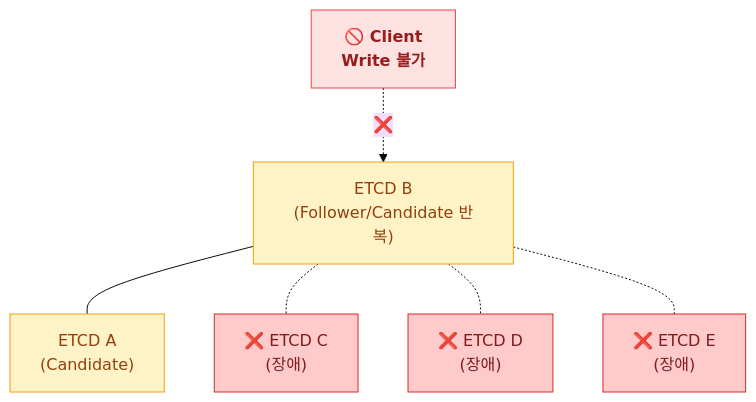
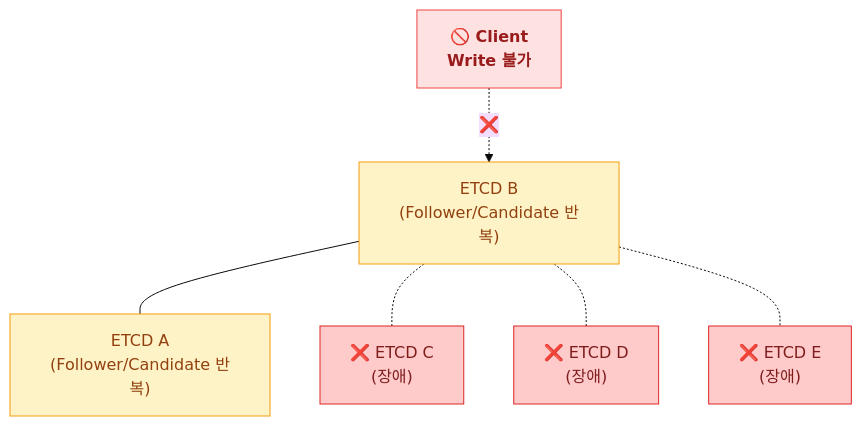
The fourth of 15 diagrams in _posts/2026-03-14-etcd-fail-senario.md (bianbbc87/bianbbc87.github.io), drawn with Mermaid (base theme) before and after one commit. The commit also changed other lines of this file, not shown here.

Commit message:
docs: etcd 장애 시나리오

````diff
--- a/_posts/2026-03-14-etcd-fail-senario.md
+++ b/_posts/2026-03-14-etcd-fail-senario.md
@@ -135,17 +136,17 @@
 ```mermaid
 graph TB
     Client["🚫 Client<br/>Write 불가"]:::blocked
     B["ETCD B<br/>(Follower/Candidate 반복)"]:::unstable
-    A["ETCD A<br/>(Candidate)"]:::unstable
+    A["ETCD A<br/>(Follower/Candidate 반복)"]:::unstable
     C["❌ ETCD C<br/>(장애)"]:::failure
     D["❌ ETCD D<br/>(장애)"]:::failure
     E["❌ ETCD E<br/>(장애)"]:::failure
     Client -. "❌" .-> B
     B --- A
     B -.- C
     B -.- D
     B -.- E
     classDef blocked fill:#fee2e2,stroke:#ef4444,color:#991b1b,font-weight:bold
     classDef unstable fill:#fef3c7,stroke:#f59e0b,color:#92400e
     classDef failure fill:#fecaca,stroke:#dc2626,color:#7f1d1d
 ```
````
